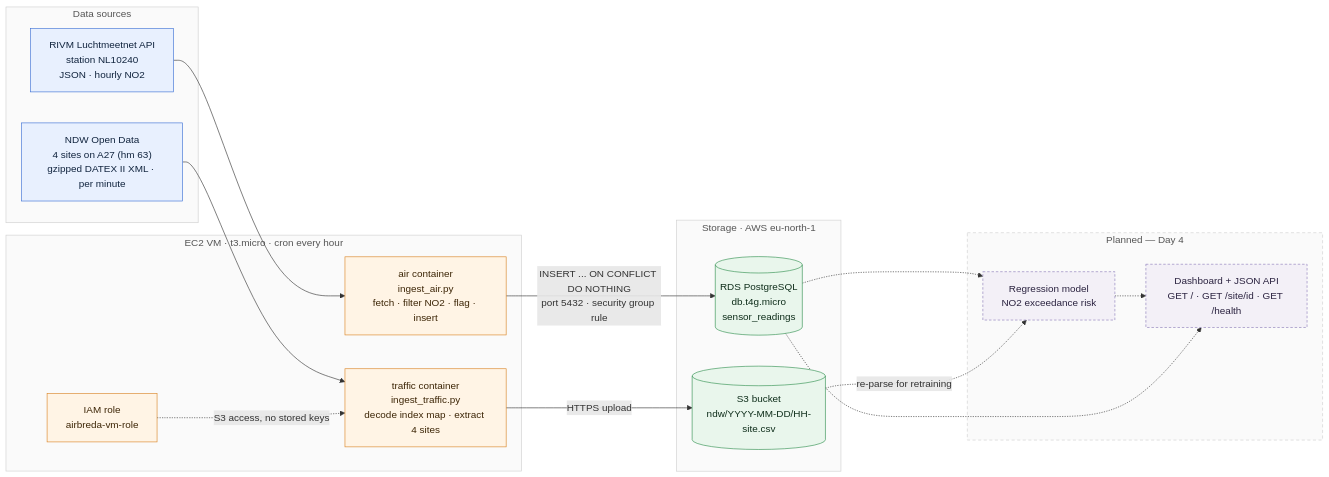
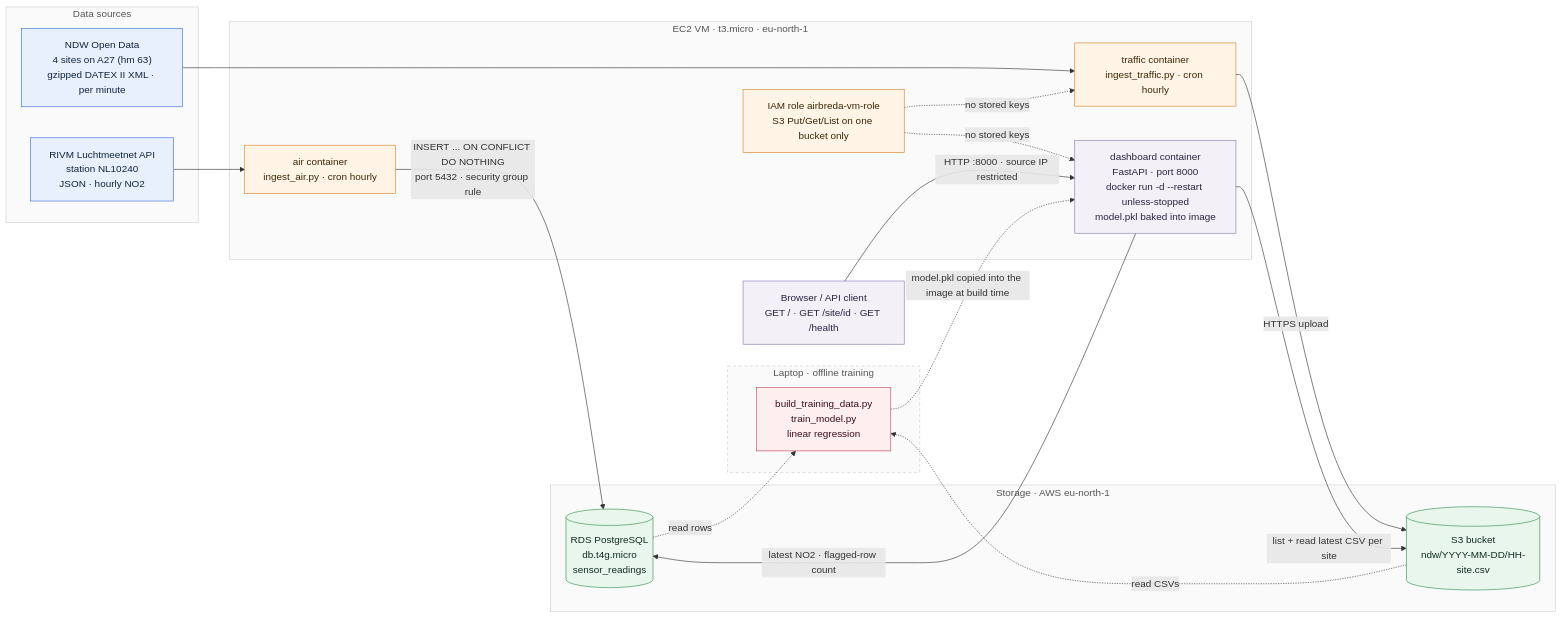
Before and after one commit to yuliiamedun/airbreda: the diagram in docs/index.md, drawn with Mermaid. The commit also changed other lines of this file, not shown here.

Commit message:
update: diagram

````diff
--- a/docs/index.md
+++ b/docs/index.md
@@ -23,48 +23,55 @@
 ```mermaid
 flowchart LR
     subgraph sources["Data sources"]
         LMN["RIVM Luchtmeetnet API<br/>station NL10240<br/>JSON · hourly NO2"]
         NDW["NDW Open Data<br/>4 sites on A27 (hm 63)<br/>gzipped DATEX II XML · per minute"]
     end
 
-    subgraph ingest["EC2 VM · t3.micro · cron every hour"]
-        IA["air container<br/>ingest_air.py<br/>fetch · filter NO2 · flag · insert"]
-        IT["traffic container<br/>ingest_traffic.py<br/>decode index map · extract 4 sites"]
-        IAM["IAM role<br/>airbreda-vm-role"]
+    subgraph vm["EC2 VM · t3.micro · eu-north-1"]
+        IA["air container<br/>ingest_air.py · cron hourly"]
+        IT["traffic container<br/>ingest_traffic.py · cron hourly"]
+        DASH["dashboard container<br/>FastAPI · port 8000<br/>docker run -d --restart unless-stopped<br/>model.pkl baked into image"]
+        IAM["IAM role airbreda-vm-role<br/>S3 Put/Get/List on one bucket only"]
     end
 
     subgraph storage["Storage · AWS eu-north-1"]
         RDS[("RDS PostgreSQL<br/>db.t4g.micro<br/>sensor_readings")]
         S3[("S3 bucket<br/>ndw/YYYY-MM-DD/HH-site.csv")]
     end
 
-    subgraph planned["Planned — Day 4"]
-        ML["Regression model<br/>NO2 exceedance risk"]
-        API["Dashboard + JSON API<br/>GET / · GET /site/id · GET /health"]
+    subgraph offline["Laptop · offline training"]
+        TR["build_training_data.py<br/>train_model.py<br/>linear regression"]
     end
+
+    USER["Browser / API client<br/>GET / · GET /site/id · GET /health"]
 
     LMN --> IA
     NDW --> IT
     IA -->|"INSERT ... ON CONFLICT DO NOTHING<br/>port 5432 · security group rule"| RDS
     IT -->|"HTTPS upload"| S3
-    IAM -.->|"S3 access, no stored keys"| IT
-    RDS -.-> ML
-    S3 -.->|"re-parse for retraining"| ML
-    ML -.-> API
-    RDS -.-> API
+    DASH -->|"latest NO2 · flagged-row count"| RDS
+    DASH -->|"list + read latest CSV per site"| S3
+    IAM -.->|"no stored keys"| IT
+    IAM -.->|"no stored keys"| DASH
+    USER -->|"HTTP :8000 · source IP restricted"| DASH
+    RDS -.->|"read rows"| TR
+    S3 -.->|"read CSVs"| TR
+    TR -.->|"model.pkl copied into the image at build time"| DASH
 
     classDef src fill:#e8f0fe,stroke:#3b6fd4,color:#11243e
     classDef ing fill:#fff4e5,stroke:#d98324,color:#3d2607
     classDef sto fill:#e9f6ec,stroke:#2f8f4e,color:#0f2e1b
-    classDef fut fill:#f3f0f7,stroke:#8b7bb8,color:#2b2340,stroke-dasharray:4 3
+    classDef srv fill:#f3f0f7,stroke:#8b7bb8,color:#2b2340
+    classDef off fill:#fdeef0,stroke:#c0475a,color:#3b0f18
 
     class LMN,NDW src
     class IA,IT,IAM ing
     class RDS,S3 sto
-    class ML,API fut
+    class DASH,USER srv
+    class TR off
 
     style sources fill:#fafafa,stroke:#cfcfcf,color:#555
-    style ingest fill:#fafafa,stroke:#cfcfcf,color:#555
+    style vm fill:#fafafa,stroke:#cfcfcf,color:#555
     style storage fill:#fafafa,stroke:#cfcfcf,color:#555
-    style planned fill:#fafafa,stroke:#cfcfcf,color:#555,stroke-dasharray:5 4
+    style offline fill:#fafafa,stroke:#cfcfcf,color:#555,stroke-dasharray:5 4
 ```
````
